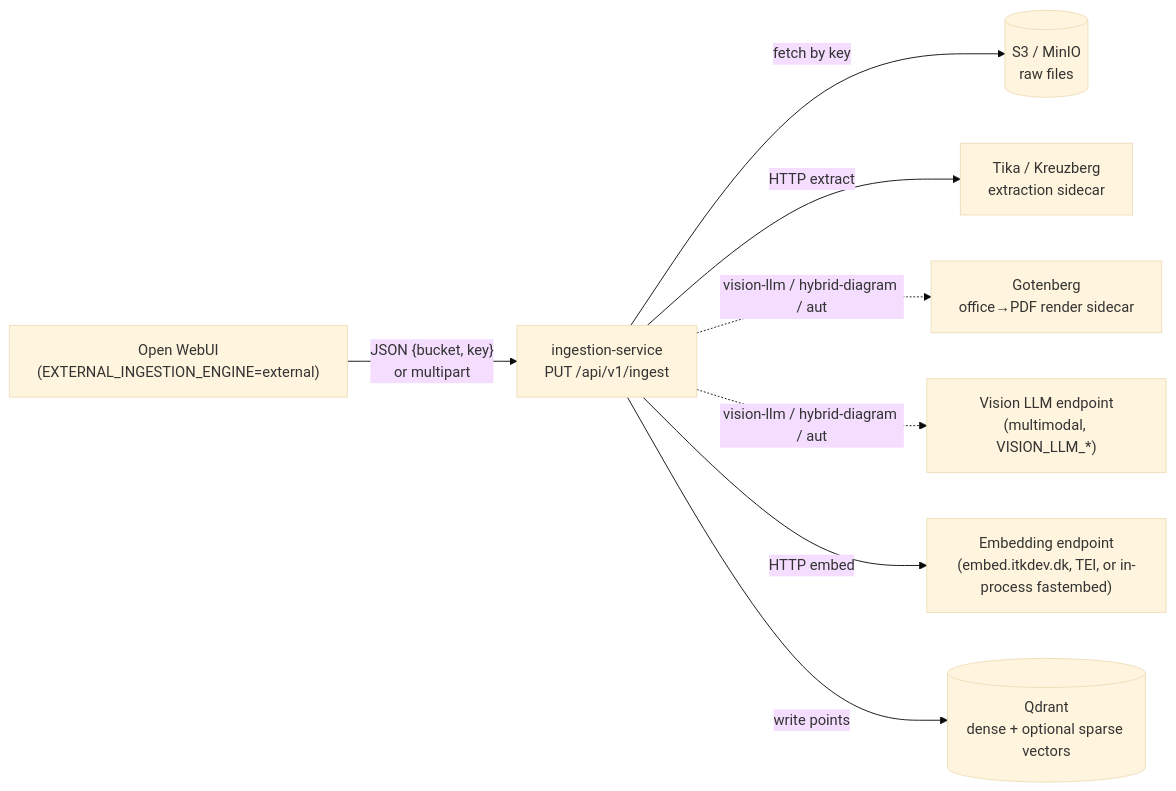
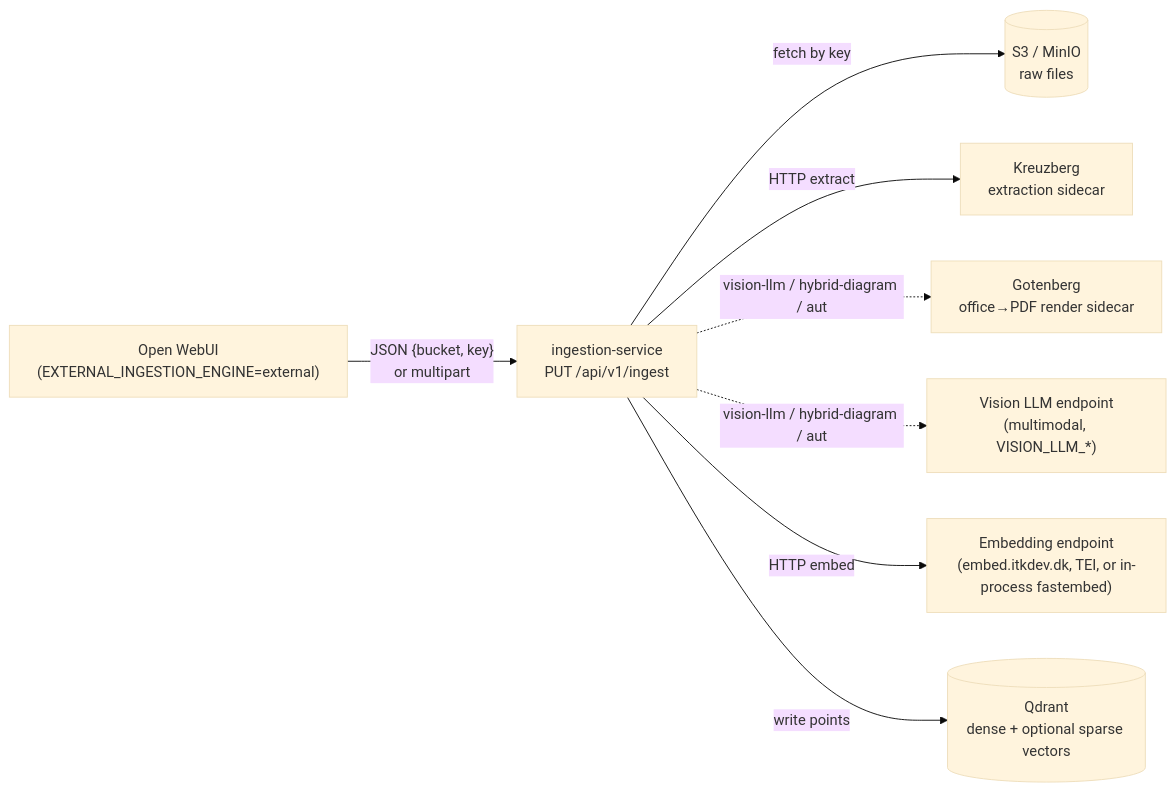
The first of 2 diagrams in README.md (AarhusAI/ingestion-service), drawn with Mermaid (base theme) before and after one commit. The commit also changed other lines of this file and 17 other files, not shown here.

````diff
--- a/README.md
+++ b/README.md
@@ -25,19 +25,19 @@
 ```mermaid
 flowchart LR
   OWB["Open WebUI<br/>(EXTERNAL_INGESTION_ENGINE=external)"]
   ING["ingestion-service<br/>PUT /api/v1/ingest"]
   S3[("S3 / MinIO<br/>raw files")]
-  SIDE["Tika / Kreuzberg<br/>extraction sidecar"]
+  SIDE["Kreuzberg<br/>extraction sidecar"]
   GOT["Gotenberg<br/>office→PDF render sidecar"]
   VLM["Vision LLM endpoint<br/>(multimodal, VISION_LLM_*)"]
   EMB["Embedding endpoint<br/>(embed.itkdev.dk, TEI, or in-process fastembed)"]
   QD[("Qdrant<br/>dense + optional sparse vectors")]
 
   OWB -->|"JSON {bucket, key}<br/>or multipart"| ING
   ING -->|fetch by key| S3
   ING -->|HTTP extract| SIDE
   ING -.vision-llm / hybrid-diagram / auto.-> GOT
   ING -.vision-llm / hybrid-diagram / auto.-> VLM
   ING -->|HTTP embed| EMB
   ING -->|write points| QD
 ```
````
